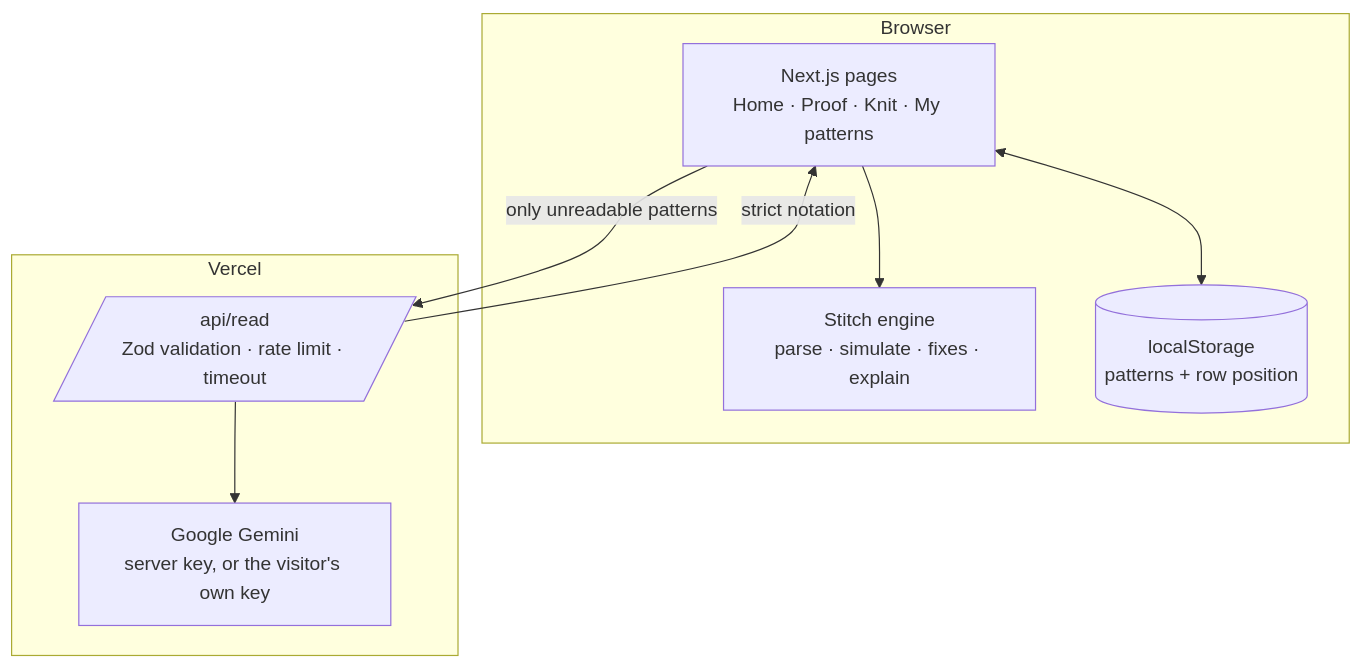
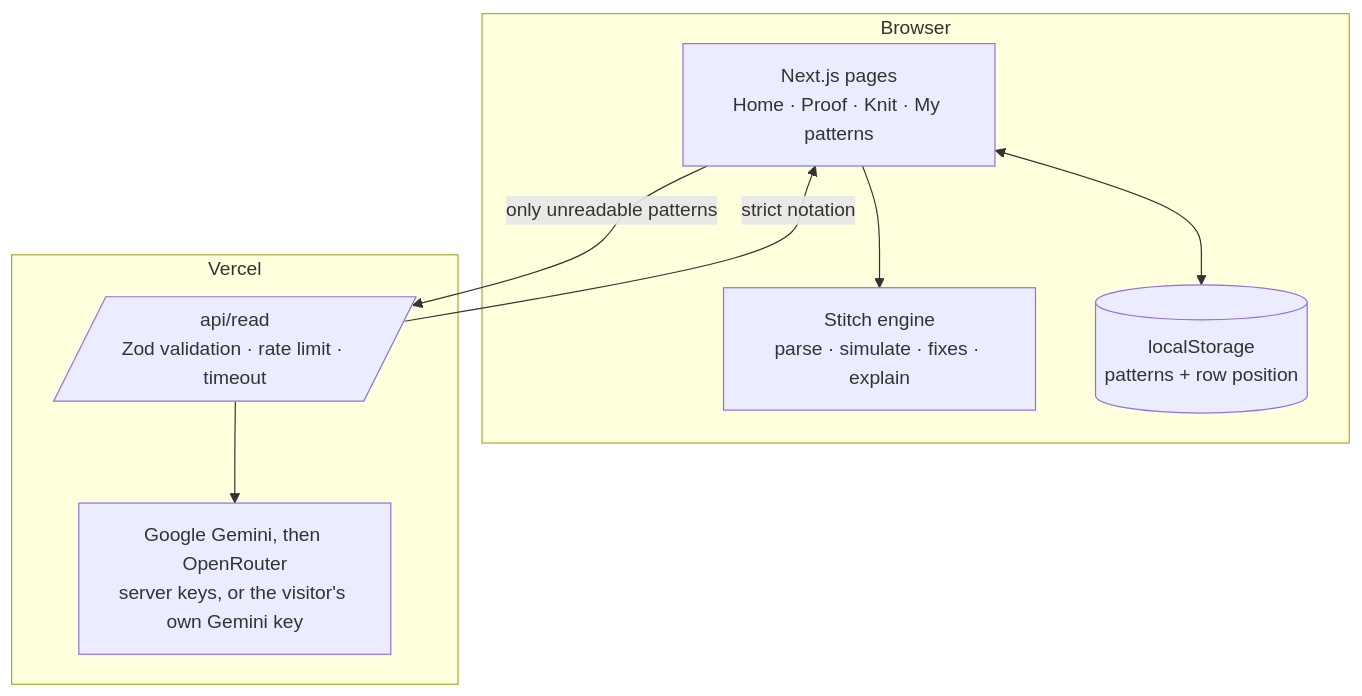
One commit to adeelfalaksher900-creator/stitchproof changed the second of 2 diagrams in README.md. Above: the diagram before and after it, drawn with Mermaid. The commit also changed other lines of this file and 32 other files, not shown here.

````diff
--- a/README.md
+++ b/README.md
@@ -70,16 +71,16 @@
 ```mermaid
 flowchart TB
   subgraph Browser
     UI[Next.js pages<br/>Home · Proof · Knit · My patterns]
     ENG[Stitch engine<br/>parse · simulate · fixes · explain]
     LS[(localStorage<br/>patterns + row position)]
     UI --> ENG
     UI <--> LS
   end
   subgraph Vercel
     API[/api/read<br/>Zod validation · rate limit · timeout/]
-    GW[Google Gemini<br/>server key, or the visitor's own key]
+    GW[Google Gemini, then OpenRouter<br/>server keys, or the visitor's own Gemini key]
   end
   UI -- only unreadable patterns --> API --> GW
   API -- strict notation --> UI
 ```
````
